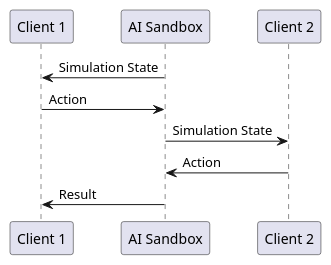
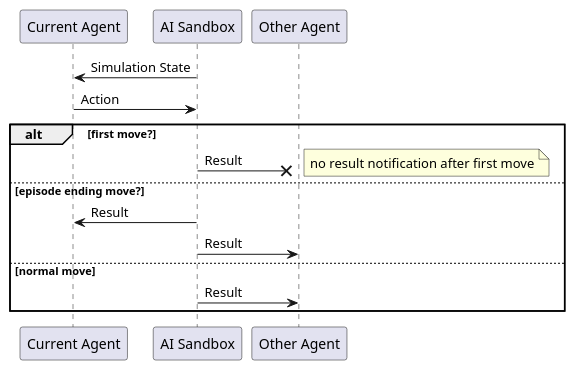
Before and after one commit to graham-evans/AISandbox-Server: the diagram in documentation/simulations/CoinGame/seq.puml, drawn with PlantUML.

Commit message:
update responses

```diff
--- a/documentation/simulations/CoinGame/seq.puml
+++ b/documentation/simulations/CoinGame/seq.puml
@@ -1,16 +1,25 @@
 @startuml
 'https://plantuml.com/sequence-diagram
 
-participant "Client 1" as c1
+participant "Current Agent" as c1
 participant "AI Sandbox" as server
-participant "Client 2" as c2
+participant "Other Agent" as c2
 
 c1 <- server : Simulation State
 c1 -> server : Action
 
-server -> c2 : Simulation State
-c2 -> server : Action
+alt first move?
+  server ->x c2 : Result
+  note right: no result notification after first move
+else episode ending move?
+    server -> c1 : Result
+    server -> c2 : Result
+else normal move
+    server -> c2 : Result
+end
 
-server -> c1 : Result
+
+
+
 
 @enduml
```
